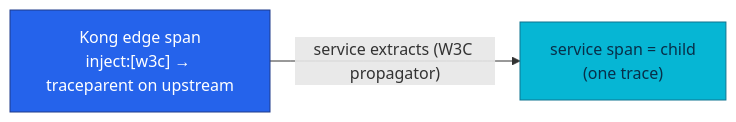
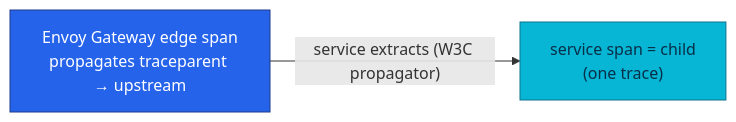
One commit to duynhlab/homelab changed the second of 2 diagrams in docs/observability/tracing/architecture.md. Above: the diagram before and after it, drawn with Mermaid. The commit also changed other lines of this file and 30 other files, not shown here.

````diff
--- a/docs/observability/tracing/architecture.md
+++ b/docs/observability/tracing/architecture.md
@@ -219,8 +205,8 @@
 ```mermaid
 flowchart LR
-    K["Kong edge span<br/>inject:[w3c] → traceparent on upstream"] -->|"service extracts (W3C propagator)"| L["service span = child<br/>(one trace)"]
+    E["Envoy Gateway edge span<br/>propagates traceparent → upstream"] -->|"service extracts (W3C propagator)"| L["service span = child<br/>(one trace)"]
     classDef edge fill:#2563eb,color:#fff,stroke:#1e3a8a;
     classDef service fill:#06b6d4,color:#082f49,stroke:#0e7490;
-    class K edge;
+    class E edge;
     class L service;
 ```
````
